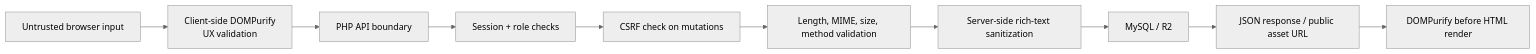
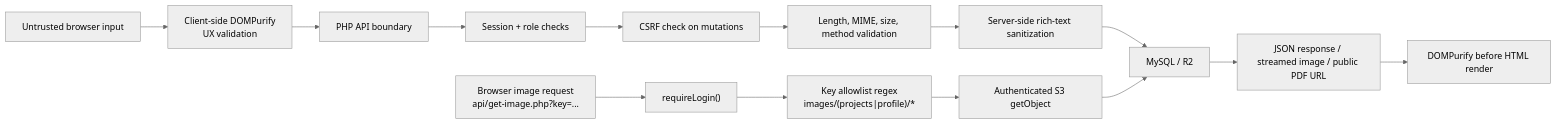
Before and after one commit to IntianDayor/login-dashboard-project: the seventh of 7 diagrams in SYSTEM_ARCHITECTURE.md, drawn with Mermaid (neutral theme). The commit also changed other lines of this file, not shown here.

Commit message:
Updated System Architecture Documentation

````diff
--- a/SYSTEM_ARCHITECTURE.md
+++ b/SYSTEM_ARCHITECTURE.md
@@ -279,12 +291,17 @@
 ```mermaid
 flowchart LR
     Input["Untrusted browser input"] --> Client["Client-side DOMPurify\nUX validation"]
     Client --> API["PHP API boundary"]
     API --> Auth["Session + role checks"]
     Auth --> CSRF["CSRF check on mutations"]
     CSRF --> Validation["Length, MIME, size, method validation"]
     Validation --> Sanitize["Server-side rich-text sanitization"]
     Sanitize --> Data["MySQL / R2"]
-    Data --> Output["JSON response / public asset URL"]
+    Data --> Output["JSON response / streamed image / public PDF URL"]
     Output --> Render["DOMPurify before HTML render"]
+
+    ImgReq["Browser image request\napi/get-image.php?key=..."] --> ImgAuth["requireLogin()"]
+    ImgAuth --> ImgAllow["Key allowlist regex\nimages/(projects|profile)/*"]
+    ImgAllow --> ImgRead["Authenticated S3 getObject"]
+    ImgRead --> Data
 ```
````
